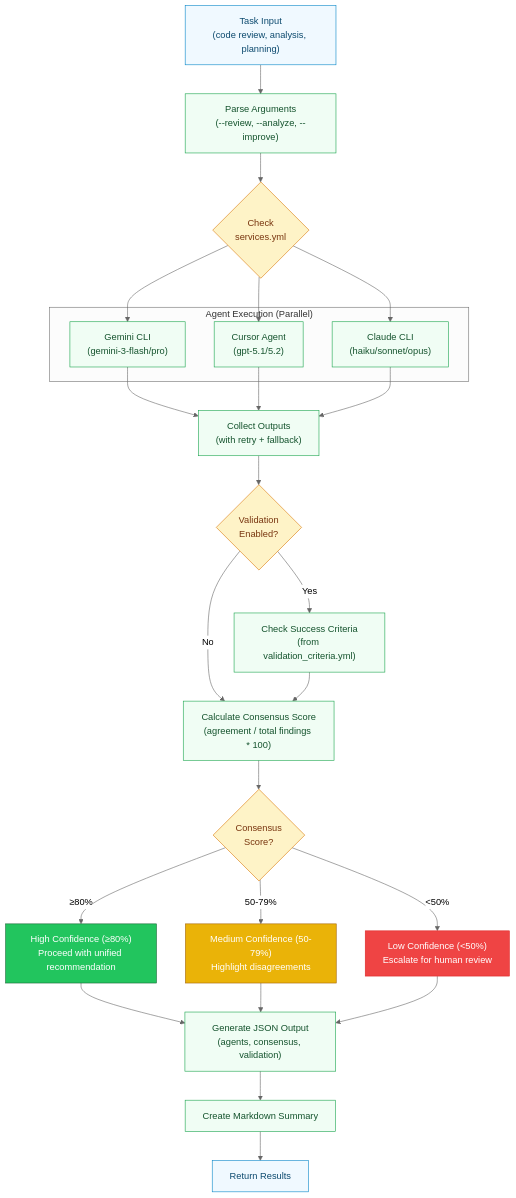
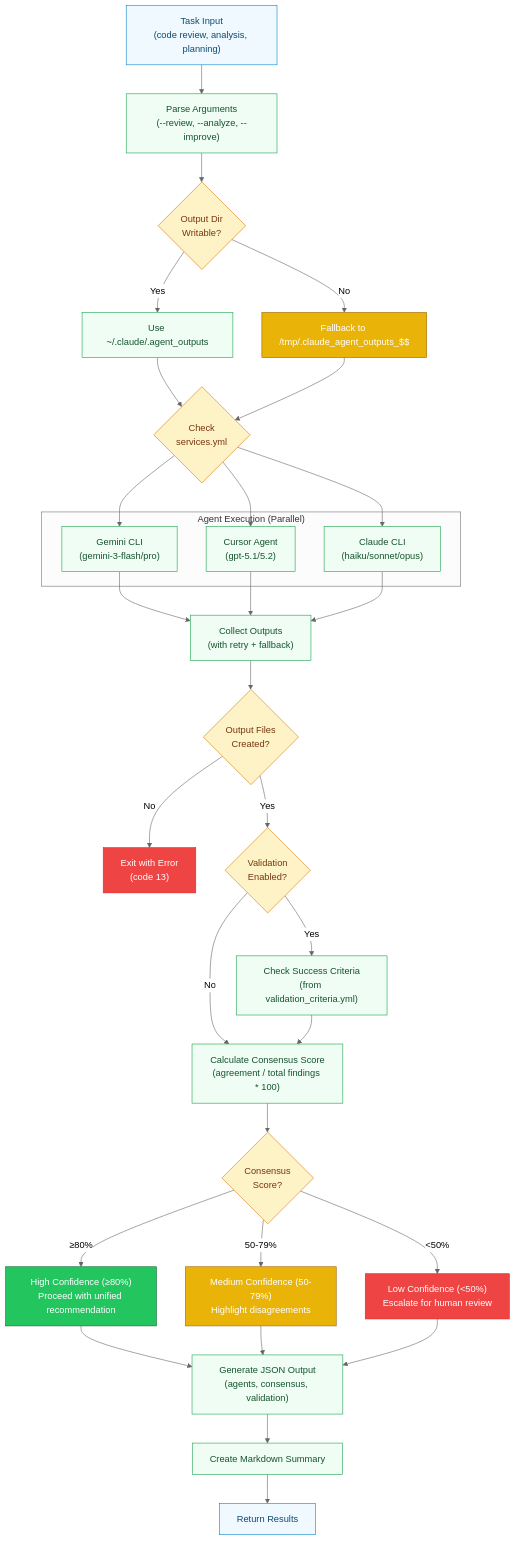
The fourth of 10 diagrams in docs/ARCHITECTURE_DIAGRAMS.md (RB-chrismandich/Manifest), drawn with Mermaid before and after one commit. The commit also changed other lines of this file and 9 other files, not shown here.

First line of the commit message:
fix: add sandbox detection and output verification to parallel_agent.sh

````diff
--- a/docs/ARCHITECTURE_DIAGRAMS.md
+++ b/docs/ARCHITECTURE_DIAGRAMS.md
@@ -284,65 +285,80 @@
 ```mermaid
 %%{init: {'theme':'neutral'}}%%
 flowchart TB
     classDef input fill:#f0f9ff,stroke:#0284c7,color:#0c4a6e
     classDef process fill:#f0fdf4,stroke:#16a34a,color:#14532d
     classDef decision fill:#fef3c7,stroke:#d97706,color:#78350f
     classDef active fill:#22c55e,stroke:#166534,color:#fff
     classDef warning fill:#eab308,stroke:#a16207,color:#fff
     classDef error fill:#ef4444,stroke:#dc2626,color:#fff
 
     START["Task Input<br/>(code review, analysis, planning)"]:::input
     PARSE["Parse Arguments<br/>(--review, --analyze, --improve)"]:::process
 
+    SANDBOX_CHECK{"Output Dir<br/>Writable?"}:::decision
+    DEFAULT_DIR["Use ~/.claude/.agent_outputs"]:::process
+    FALLBACK_DIR["Fallback to /tmp/.claude_agent_outputs_$$"]:::warning
+
     CHECK_SERVICES{"Check<br/>services.yml"}:::decision
 
     subgraph "Agent Execution (Parallel)"
         GEMINI_EXEC["Gemini CLI<br/>(gemini-3-flash/pro)"]:::process
         CURSOR_EXEC["Cursor Agent<br/>(gpt-5.1/5.2)"]:::process
         CLAUDE_EXEC["Claude CLI<br/>(haiku/sonnet/opus)"]:::process
     end
 
     COLLECT["Collect Outputs<br/>(with retry + fallback)"]:::process
+
+    VERIFY_FILES{"Output Files<br/>Created?"}:::decision
+    FILE_ERROR["Exit with Error<br/>(code 13)"]:::error
 
     VALIDATE{"Validation<br/>Enabled?"}:::decision
     CHECK_CRITERIA["Check Success Criteria<br/>(from validation_criteria.yml)"]:::process
 
     CONSENSUS["Calculate Consensus Score<br/>(agreement / total findings * 100)"]:::process
 
     SCORE_CHECK{"Consensus<br/>Score?"}:::decision
 
     HIGH["High Confidence (≥80%)<br/>Proceed with unified recommendation"]:::active
     MEDIUM["Medium Confidence (50-79%)<br/>Highlight disagreements"]:::warning
     LOW["Low Confidence (<50%)<br/>Escalate for human review"]:::error
 
     OUTPUT["Generate JSON Output<br/>(agents, consensus, validation)"]:::process
     SUMMARY["Create Markdown Summary"]:::process
     DONE["Return Results"]:::input
 
     START --> PARSE
-    PARSE --> CHECK_SERVICES
+    PARSE --> SANDBOX_CHECK
+    SANDBOX_CHECK -->|Yes| DEFAULT_DIR
+    SANDBOX_CHECK -->|No| FALLBACK_DIR
+    DEFAULT_DIR --> CHECK_SERVICES
+    FALLBACK_DIR --> CHECK_SERVICES
+
     CHECK_SERVICES --> GEMINI_EXEC
     CHECK_SERVICES --> CURSOR_EXEC
     CHECK_SERVICES --> CLAUDE_EXEC
 
     GEMINI_EXEC --> COLLECT
     CURSOR_EXEC --> COLLECT
     CLAUDE_EXEC --> COLLECT
 
-    COLLECT --> VALIDATE
+    COLLECT --> VERIFY_FILES
+    VERIFY_FILES -->|No| FILE_ERROR
+    VERIFY_FILES -->|Yes| VALIDATE
+
     VALIDATE -->|Yes| CHECK_CRITERIA
     VALIDATE -->|No| CONSENSUS
     CHECK_CRITERIA --> CONSENSUS
 
     CONSENSUS --> SCORE_CHECK
     SCORE_CHECK -->|≥80%| HIGH
     SCORE_CHECK -->|50-79%| MEDIUM
     SCORE_CHECK -->|<50%| LOW
 
     HIGH --> OUTPUT
     MEDIUM --> OUTPUT
     LOW --> OUTPUT
 
     OUTPUT --> SUMMARY
     SUMMARY --> DONE
 ```
````
